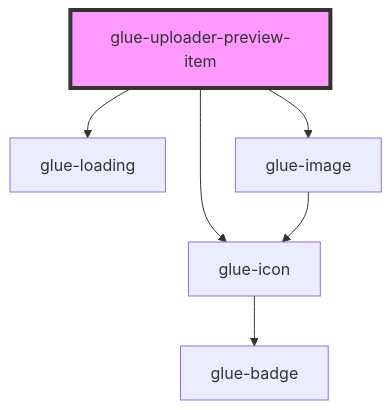
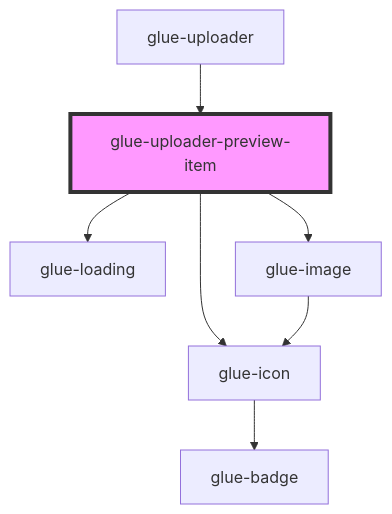
One commit to grasilife/glue changed the diagram in packages/glue-components/src/components/glue-uploader-preview-item/readme.md. Above: the diagram before and after it, drawn with Mermaid. The commit also changed other lines of this file and 6 other files, not shown here.

````diff
--- a/packages/glue-components/src/components/glue-uploader-preview-item/readme.md
+++ b/packages/glue-components/src/components/glue-uploader-preview-item/readme.md
@@ -31,9 +44,10 @@
 ```mermaid
 graph TD;
   glue-uploader-preview-item --> glue-icon
   glue-uploader-preview-item --> glue-loading
   glue-uploader-preview-item --> glue-image
   glue-icon --> glue-badge
   glue-image --> glue-icon
+  glue-uploader --> glue-uploader-preview-item
   style glue-uploader-preview-item fill:#f9f,stroke:#333,stroke-width:4px
 ```
````
